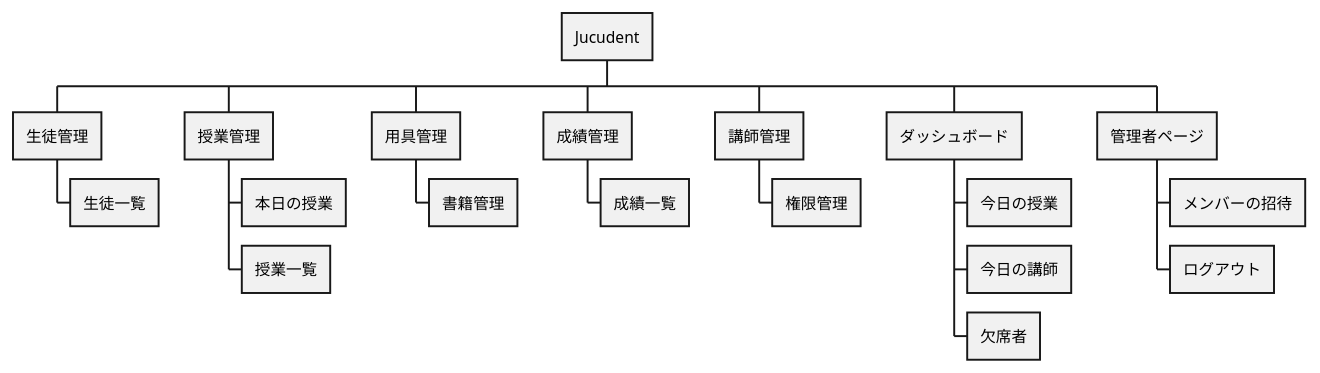
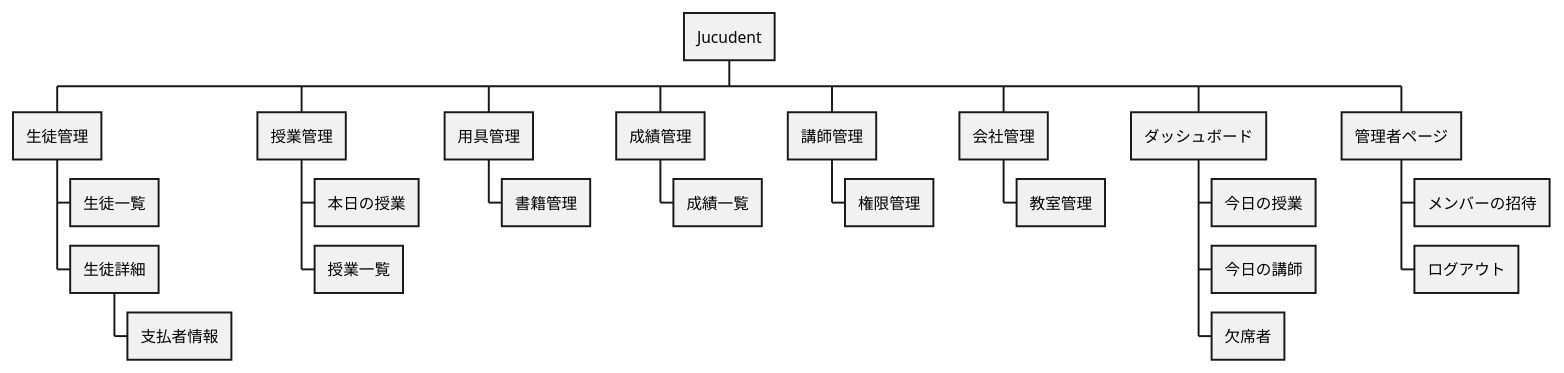
One commit to cresta522/jucudent-backend changed the diagram in docs/SiteMap.puml. Above: the diagram before and after it, drawn with PlantUML. The commit also changed 3 other files, not shown here.

```diff
--- a/docs/SiteMap.puml
+++ b/docs/SiteMap.puml
@@ -1,27 +1,35 @@
 @startwbs
 'https://plantuml.com/wbs-diagram
 
 * Jucudent
 
 ** 生徒管理
 *** 生徒一覧
+*** 生徒詳細
+**** 支払者情報
+
 ** 授業管理
 *** 本日の授業
 *** 授業一覧
+
 ** 用具管理
 *** 書籍管理
 
 ** 成績管理
 *** 成績一覧
+
 ** 講師管理
 *** 権限管理
+
+** 会社管理
+*** 教室管理
 
 ** ダッシュボード
 *** 今日の授業
 *** 今日の講師
 *** 欠席者
 
 ** 管理者ページ
 *** メンバーの招待
 *** ログアウト
 @endwbs
```
